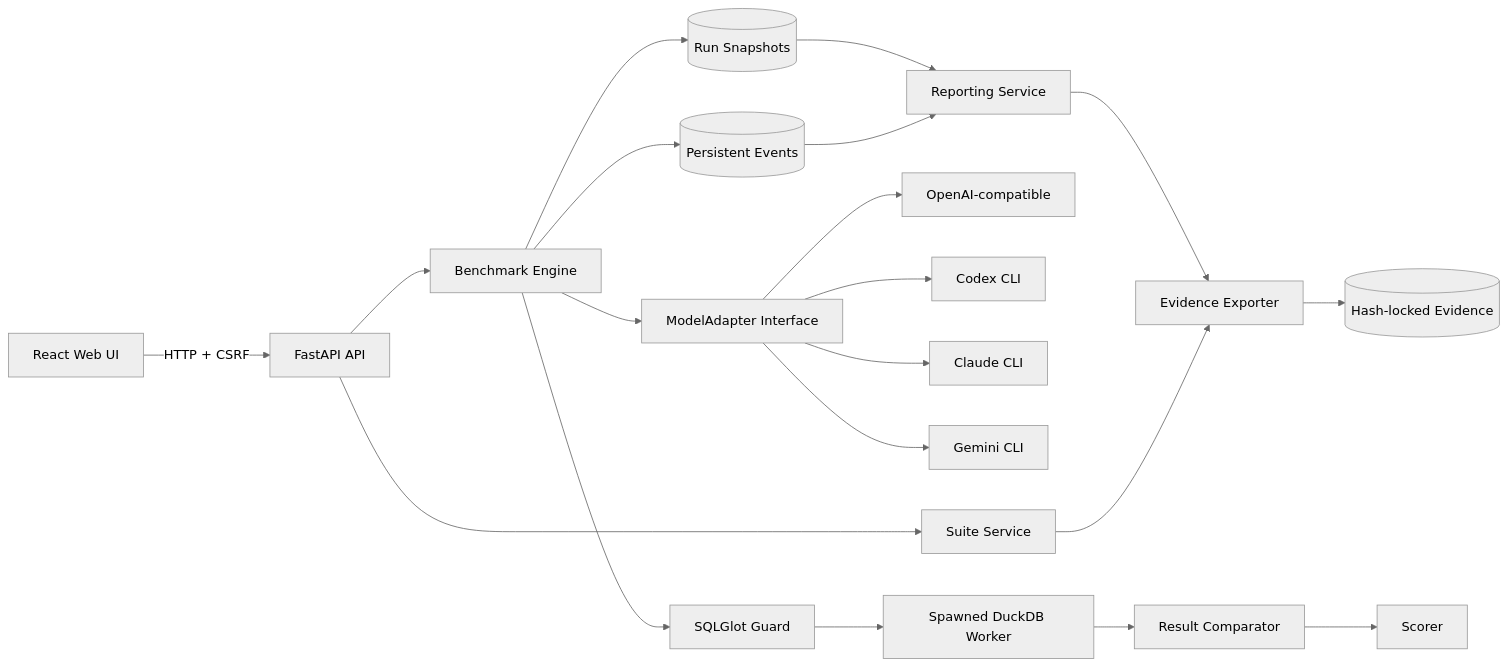
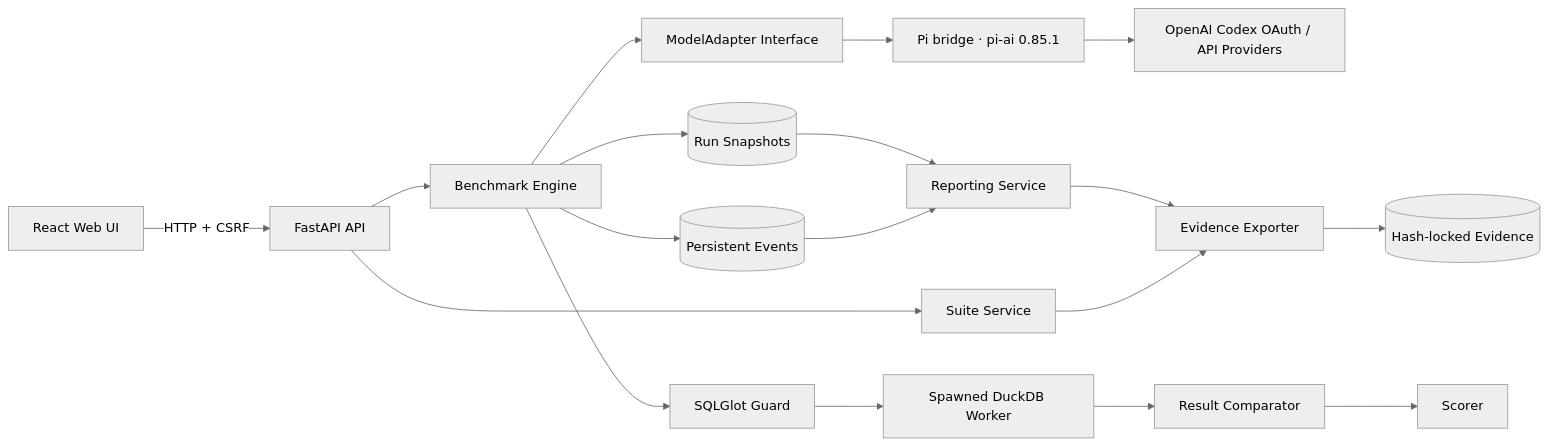
The first of 2 diagrams in docs/architecture.md (rockythink/text-to-sql-arena), drawn with Mermaid (neutral theme) before and after one commit. The commit also changed other lines of this file and 123 other files, not shown here.

````diff
--- a/docs/architecture.md
+++ b/docs/architecture.md
@@ -18,22 +18,20 @@
 ```mermaid
 flowchart LR
     UI[React Web UI] -->|HTTP + CSRF| API[FastAPI API]
     API --> Suite[Suite Service]
     API --> Engine[Benchmark Engine]
     Engine --> Adapter[ModelAdapter Interface]
-    Adapter --> OA[OpenAI-compatible]
-    Adapter --> CX[Codex CLI]
-    Adapter --> CL[Claude CLI]
-    Adapter --> GM[Gemini CLI]
+    Adapter --> PI[Pi bridge · pi-ai 0.85.1]
+    PI --> Providers[OpenAI Codex OAuth / API Providers]
     Engine --> Guard[SQLGlot Guard]
     Guard --> Worker[Spawned DuckDB Worker]
     Worker --> Compare[Result Comparator]
     Compare --> Score[Scorer]
     Engine --> Events[(Persistent Events)]
     Engine --> Runs[(Run Snapshots)]
     Runs --> Report[Reporting Service]
     Events --> Report
     Report --> Export[Evidence Exporter]
     Suite --> Export
     Export --> Evidence[(Hash-locked Evidence)]
 ```
````
